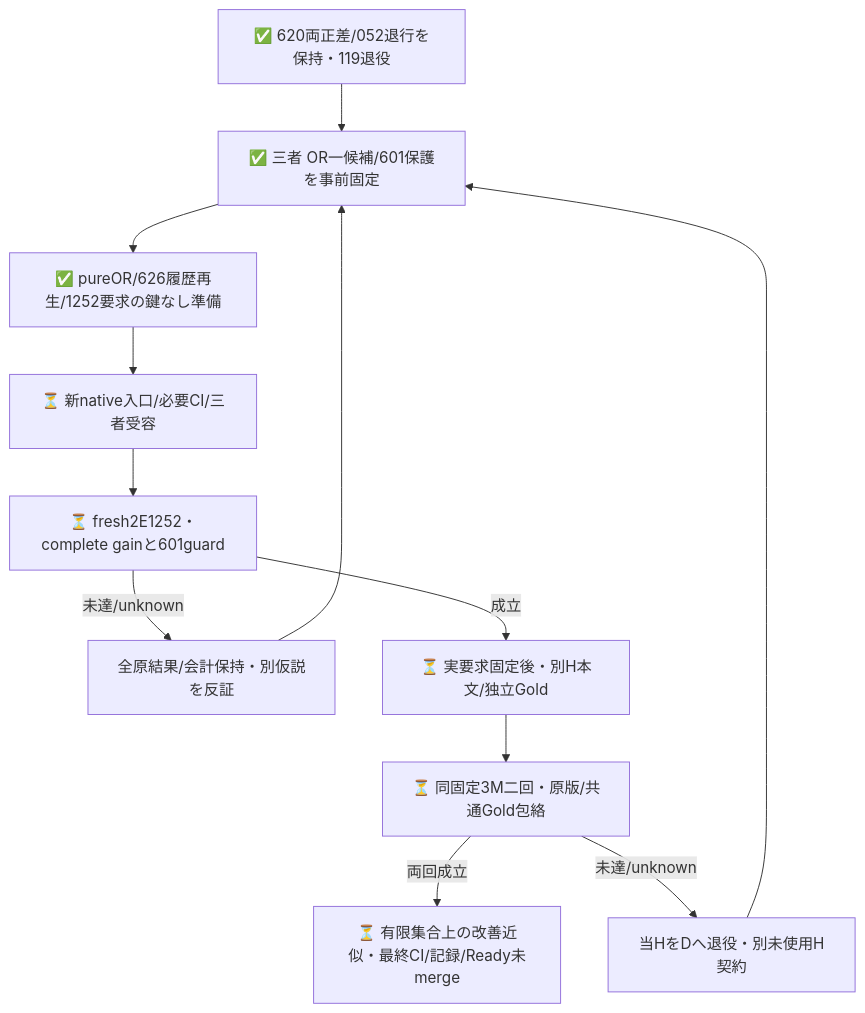
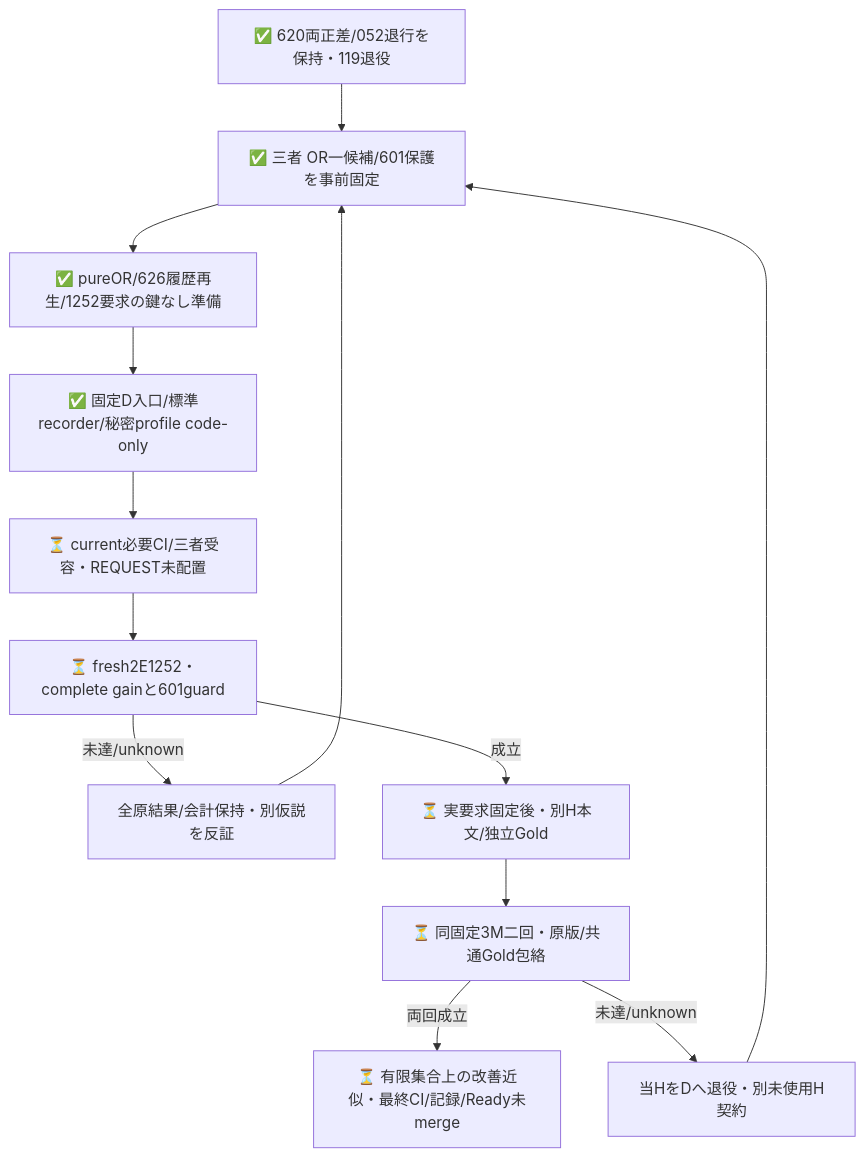
One commit to roccho-org/ops changed the diagram in experiments/sys1-eval-loop/expectation-or/README.md. Above: the diagram before and after it, drawn with Mermaid. The commit also changed other lines of this file and 14 other files, not shown here.

````diff
--- a/experiments/sys1-eval-loop/expectation-or/README.md
+++ b/experiments/sys1-eval-loop/expectation-or/README.md
@@ -15,14 +17,15 @@
 ```mermaid
 flowchart TB
   OLD[✅ 620両正差/052退行を保持・119退役] --> ARG[✅ 三者 OR一候補/601保護を事前固定]
   ARG --> PURE[✅ pureOR/626履歴再生/1252要求の鍵なし準備]
-  PURE --> ENTRY[⏳ 新native入口/必要CI/三者受容]
+  PURE --> NATIVE[✅ 固定D入口/標準recorder/秘密profile code-only]
+  NATIVE --> ENTRY[⏳ current必要CI/三者受容・REQUEST未配置]
   ENTRY --> D[⏳ fresh2E1252・complete gainと601guard]
   D -->|未達/unknown| KEEP[全原結果/会計保持・別仮説を反証]
   KEEP --> ARG
   D -->|成立| FREEZE[⏳ 実要求固定後・別H本文/独立Gold]
   FREEZE --> H[⏳ 同固定3M二回・原版/共通Gold包絡]
   H -->|両回成立| CLOSE[⏳ 有限集合上の改善近似・最終CI/記録/Ready未merge]
   H -->|未達/unknown| RETIRE[当HをDへ退役・別未使用H契約]
   RETIRE --> ARG
 ```
````
